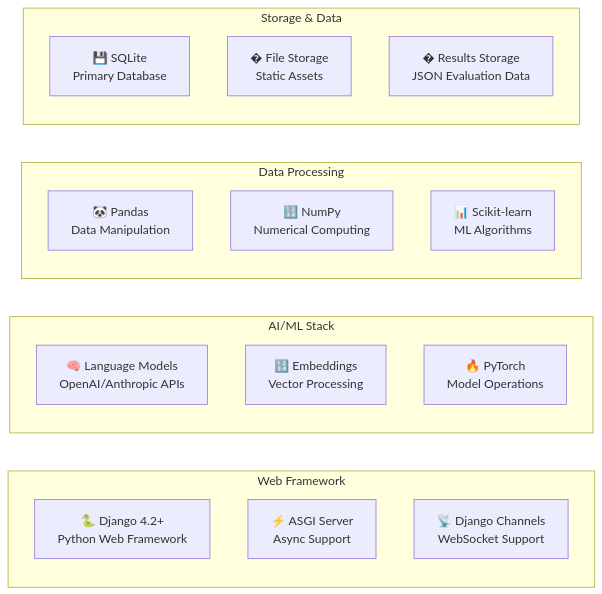
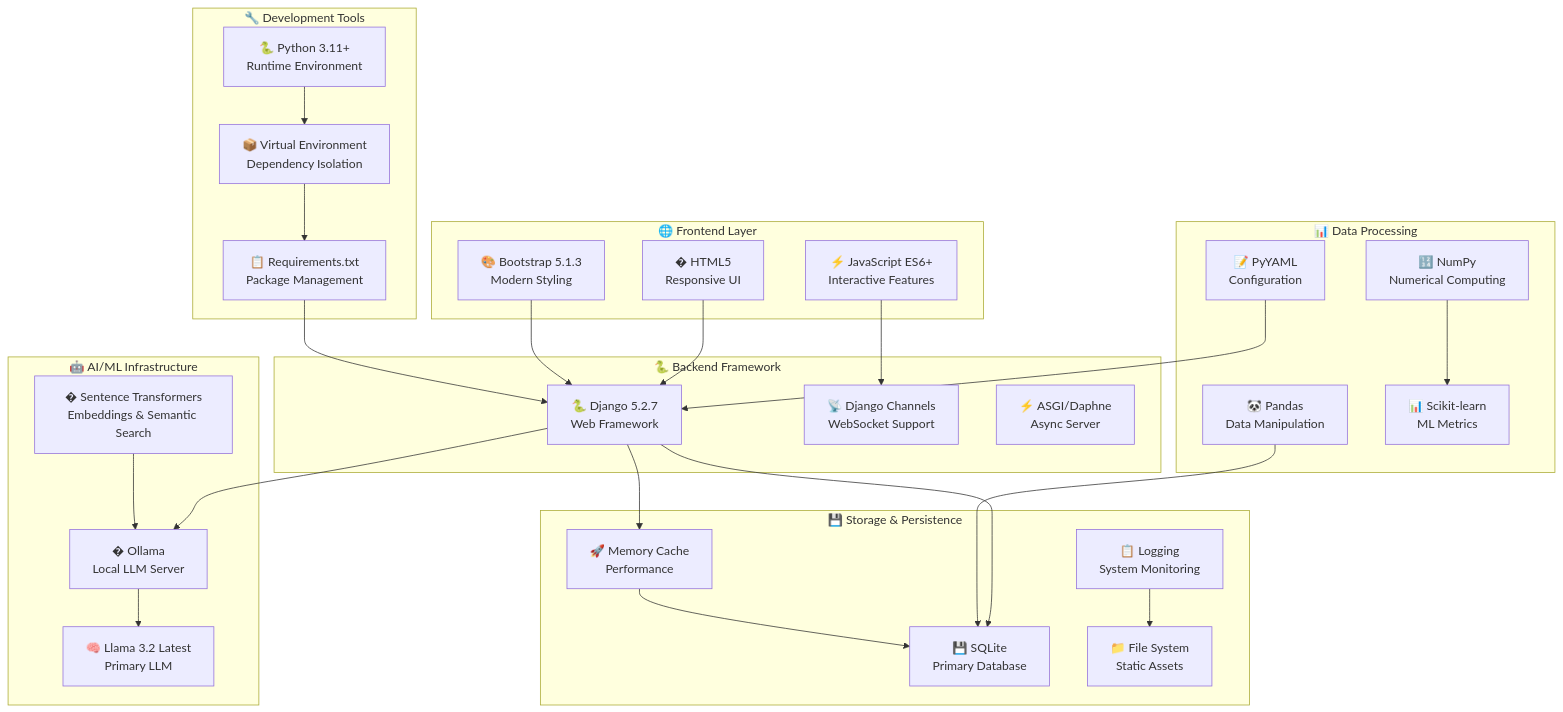
The sixth of 6 diagrams in README.md (somesh-ghaturle/Fair-Agent), drawn with Mermaid before and after one commit. The commit also changed other lines of this file, not shown here.

````diff
--- a/README.md
+++ b/README.md
@@ -387,26 +434,62 @@
 ```mermaid
-graph LR
-    subgraph "Web Framework"
-        DJANGO[🐍 Django 4.2+<br/>Python Web Framework]
-        ASGI[⚡ ASGI Server<br/>Async Support]
-        CHANNELS[📡 Django Channels<br/>WebSocket Support]
+graph TB
+    subgraph "🌐 Frontend Layer"
+        HTML[� HTML5<br/>Responsive UI]
+        CSS[🎨 Bootstrap 5.1.3<br/>Modern Styling]
+        JS[⚡ JavaScript ES6+<br/>Interactive Features]
     end
     
-    subgraph "AI/ML Stack"
-        LLM[🧠 Language Models<br/>OpenAI/Anthropic APIs]
-        EMBED[🔢 Embeddings<br/>Vector Processing]
-        TORCH[🔥 PyTorch<br/>Model Operations]
+    subgraph "🐍 Backend Framework"
+        DJANGO[🐍 Django 5.2.7<br/>Web Framework]
+        CHANNELS[📡 Django Channels<br/>WebSocket Support]
+        ASGI[⚡ ASGI/Daphne<br/>Async Server]
     end
     
-    subgraph "Data Processing"
+    subgraph "🤖 AI/ML Infrastructure"
+        OLLAMA[� Ollama<br/>Local LLM Server]
+        LLAMA[🧠 Llama 3.2 Latest<br/>Primary LLM]
+        SENTENCE[� Sentence Transformers<br/>Embeddings & Semantic Search]
+    end
+    
+    subgraph "📊 Data Processing"
         PANDAS[🐼 Pandas<br/>Data Manipulation]
         NUMPY[🔢 NumPy<br/>Numerical Computing]
-        SKLEARN[📊 Scikit-learn<br/>ML Algorithms]
+        SKLEARN[📊 Scikit-learn<br/>ML Metrics]
+        YAML[📝 PyYAML<br/>Configuration]
     end
     
-    subgraph "Storage & Data"
+    subgraph "💾 Storage & Persistence"
         SQLITE[💾 SQLite<br/>Primary Database]
-        FILES[� File Storage<br/>Static Assets]
-        RESULTS[� Results Storage<br/>JSON Evaluation Data]
+        FILES[📁 File System<br/>Static Assets]
+        CACHE[🚀 Memory Cache<br/>Performance]
+        LOGS[📋 Logging<br/>System Monitoring]
     end
+    
+    subgraph "🔧 Development Tools"
+        PYTHON[🐍 Python 3.11+<br/>Runtime Environment]
+        VENV[📦 Virtual Environment<br/>Dependency Isolation]
+        REQ[📋 Requirements.txt<br/>Package Management]
+    end
+    
+    HTML --> DJANGO
+    CSS --> DJANGO
+    JS --> CHANNELS
+    
+    DJANGO --> OLLAMA
+    DJANGO --> SQLITE
+    DJANGO --> CACHE
+    
+    OLLAMA --> LLAMA
+    SENTENCE --> OLLAMA
+    
+    PANDAS --> SQLITE
+    NUMPY --> SKLEARN
+    YAML --> DJANGO
+    
+    PYTHON --> VENV
+    VENV --> REQ
+    REQ --> DJANGO
+    
+    LOGS --> FILES
+    CACHE --> SQLITE
 ```
````
